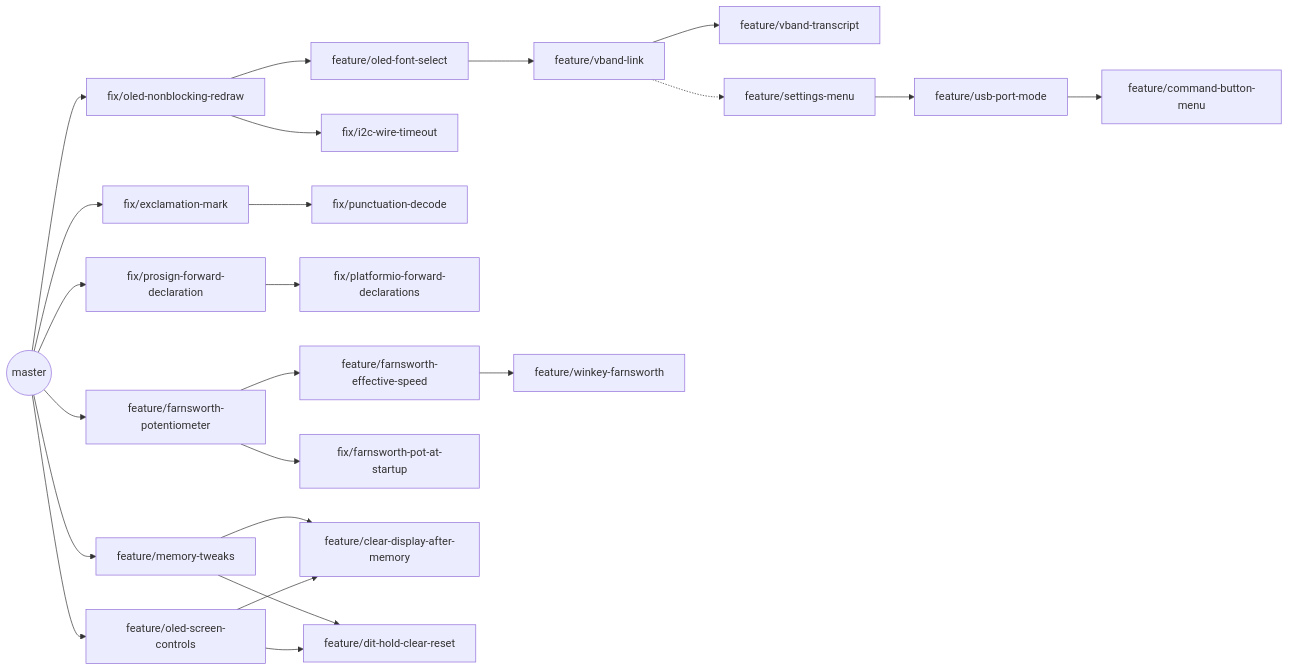
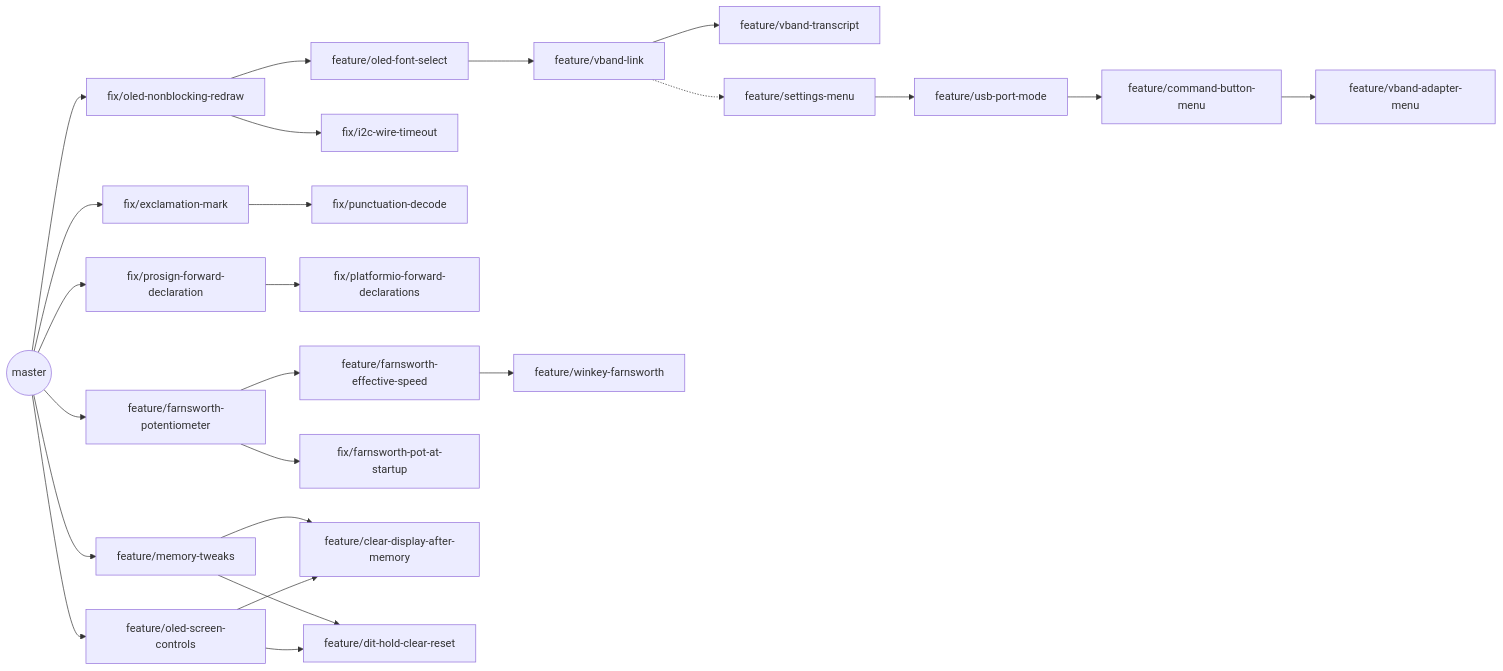
One commit to W7YFR/k3ng_cw_keyer changed the diagram in UPSTREAM.md. Above: the diagram before and after it, drawn with Mermaid. The commit also changed other lines of this file and 1 other file, not shown here.

Commit message:
docs: changelog and upstream map for the adapter-run VBand menu

````diff
--- a/UPSTREAM.md
+++ b/UPSTREAM.md
@@ -45,23 +45,24 @@
 ```mermaid
 flowchart LR
   master((master))
   master --> nb[fix/oled-nonblocking-redraw]
   nb --> font[feature/oled-font-select]
   nb --> i2c[fix/i2c-wire-timeout]
   font --> vb[feature/vband-link]
   vb --> tr[feature/vband-transcript]
   vb -.-> menu[feature/settings-menu]
   menu --> usb[feature/usb-port-mode]
   usb --> cmdb[feature/command-button-menu]
+  cmdb --> vbm[feature/vband-adapter-menu]
   master --> ex[fix/exclamation-mark] --> punct[fix/punctuation-decode]
   master --> pfd[fix/prosign-forward-declaration] --> pio2[fix/platformio-forward-declarations]
   master --> fpot[feature/farnsworth-potentiometer]
   fpot --> feff[feature/farnsworth-effective-speed] --> wkf[feature/winkey-farnsworth]
   fpot --> fpotfix[fix/farnsworth-pot-at-startup]
   master --> mem[feature/memory-tweaks]
   master --> osc[feature/oled-screen-controls]
   mem --> clr[feature/clear-display-after-memory]
   osc --> clr
   mem --> dit[feature/dit-hold-clear-reset]
   osc --> dit
 ```
````
